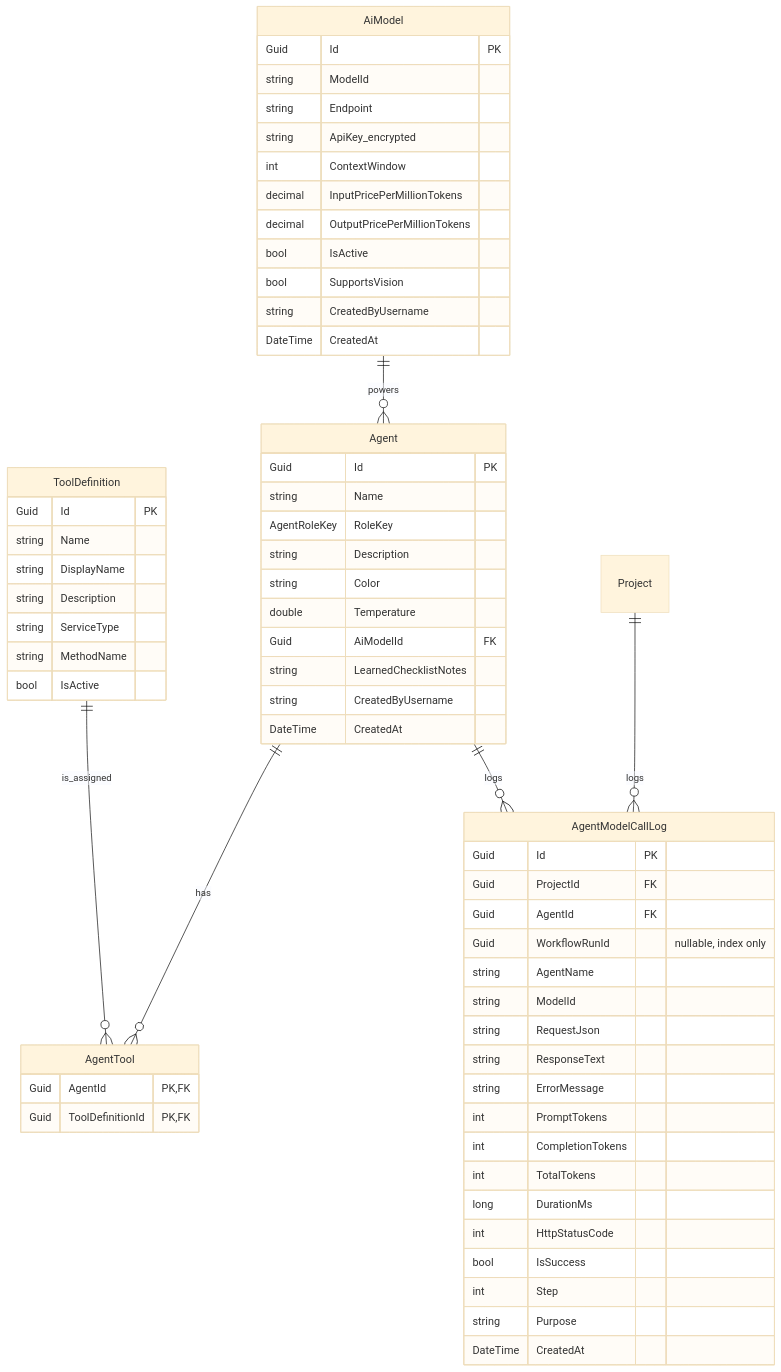
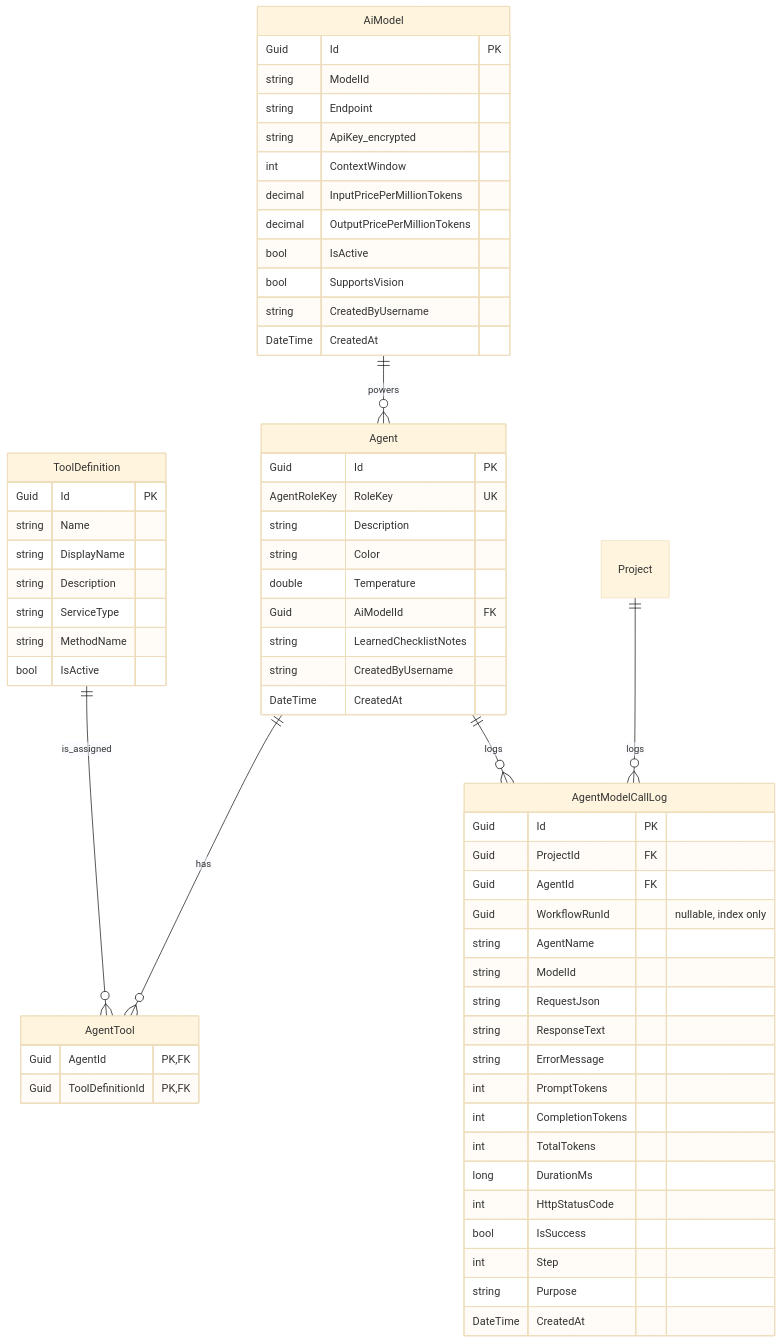
The sixth of 10 diagrams in docs/DatabaseDesign.md (Songlong0506/ICOGenerator-v4), drawn with Mermaid (base theme) before and after one commit. The commit also changed other lines of this file and 35 other files, not shown here.

First line of the commit message:
Bỏ Agent.Name, dùng RoleKey làm danh tính agent

````diff
--- a/docs/DatabaseDesign.md
+++ b/docs/DatabaseDesign.md
@@ -204,71 +204,70 @@
 ```mermaid
 erDiagram
     AiModel {
         Guid Id PK
         string ModelId
         string Endpoint
         string ApiKey_encrypted
         int ContextWindow
         decimal InputPricePerMillionTokens
         decimal OutputPricePerMillionTokens
         bool IsActive
         bool SupportsVision
         string CreatedByUsername
         DateTime CreatedAt
     }
 
     Agent {
         Guid Id PK
-        string Name
-        AgentRoleKey RoleKey
+        AgentRoleKey RoleKey UK
         string Description
         string Color
         double Temperature
         Guid AiModelId FK
         string LearnedChecklistNotes
         string CreatedByUsername
         DateTime CreatedAt
     }
 
     ToolDefinition {
         Guid Id PK
         string Name
         string DisplayName
         string Description
         string ServiceType
         string MethodName
         bool IsActive
     }
 
     AgentTool {
         Guid AgentId PK, FK
         Guid ToolDefinitionId PK, FK
     }
 
     AgentModelCallLog {
         Guid Id PK
         Guid ProjectId FK
         Guid AgentId FK
         Guid WorkflowRunId "nullable, index only"
         string AgentName
         string ModelId
         string RequestJson
         string ResponseText
         string ErrorMessage
         int PromptTokens
         int CompletionTokens
         int TotalTokens
         long DurationMs
         int HttpStatusCode
         bool IsSuccess
         int Step
         string Purpose
         DateTime CreatedAt
     }
 
     AiModel ||--o{ Agent : powers
     Agent ||--o{ AgentTool : has
     ToolDefinition ||--o{ AgentTool : is_assigned
     Project ||--o{ AgentModelCallLog : logs
     Agent ||--o{ AgentModelCallLog : logs
 ```
````
